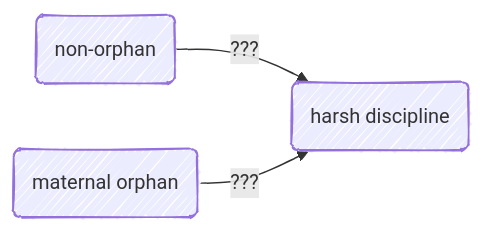
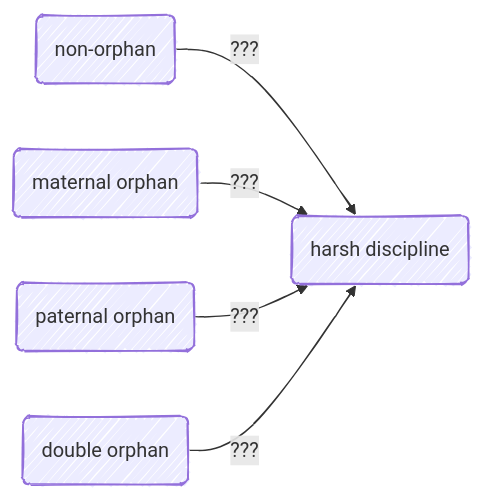
The diagram in orphan/diagrams.md (agrogan1/closeread), drawn with Mermaid before and after one commit.

````diff
--- a/orphan/diagrams.md
+++ b/orphan/diagrams.md
@@ -1,10 +1,12 @@
 ```mermaid
 ---
 config:
   look: handDrawn
   theme: default
 ---
 flowchart LR
   nonorphan(non-orphan) --> |"???"| harshdiscipline(harsh discipline)
   maternalorphan(maternal orphan) --> |"???"| harshdiscipline(harsh discipline)
+  paternalorphan(paternal orphan) --> |"???"| harshdiscipline(harsh discipline)
+  doubleorphan(double orphan) --> |"???"| harshdiscipline(harsh discipline)
 ```
````
